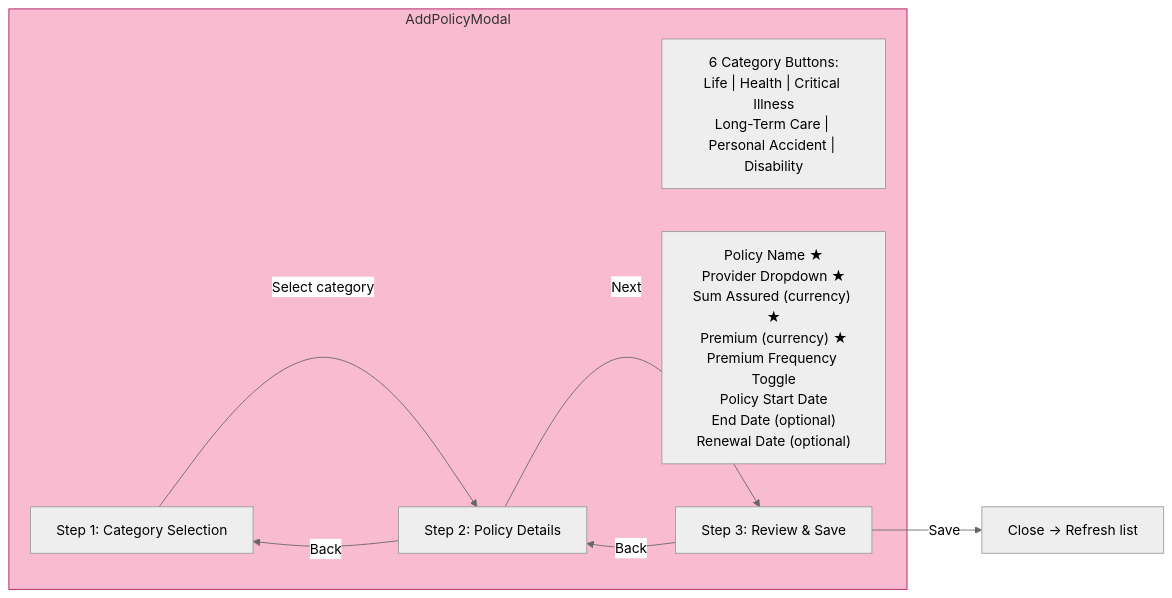
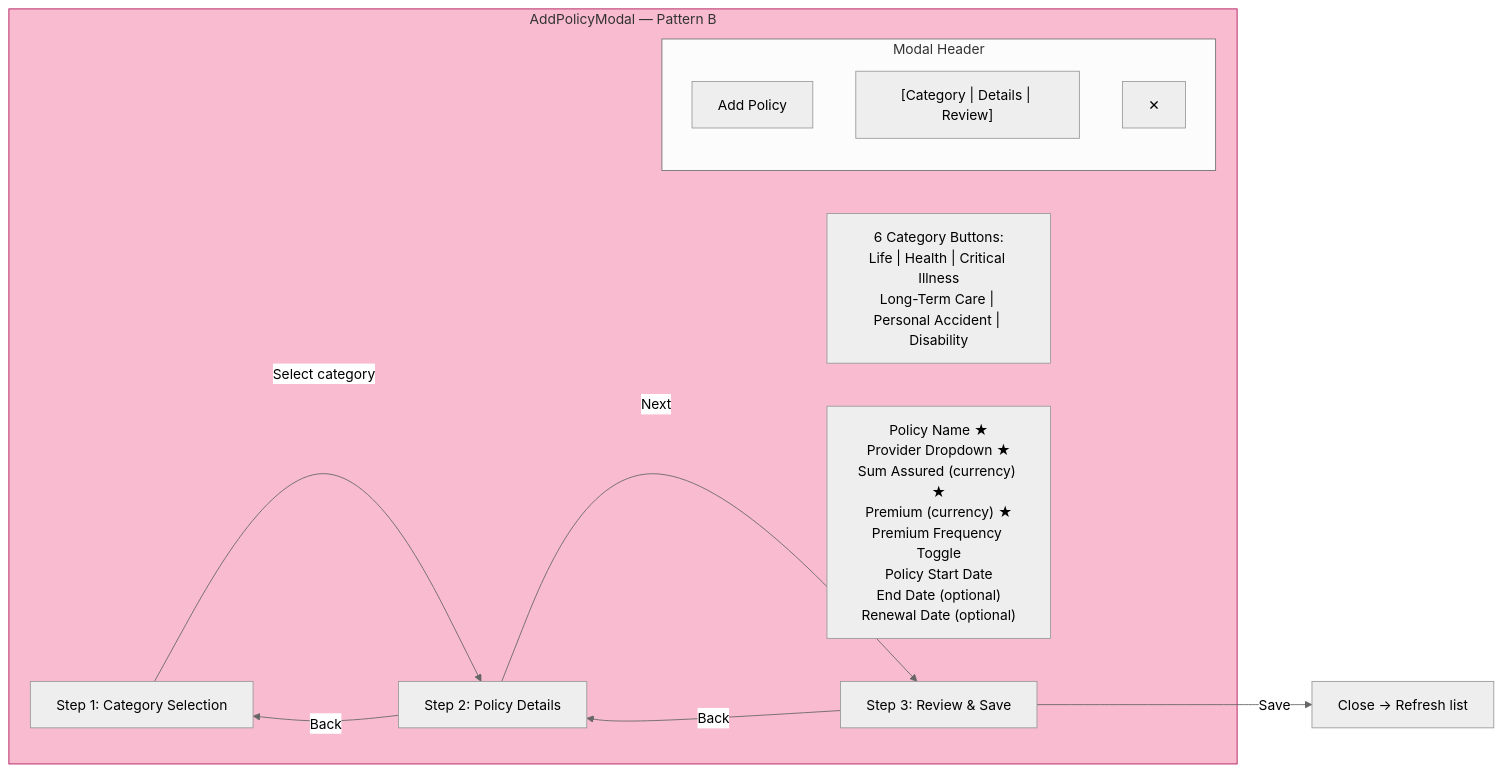
One commit to jcleow/wealthproject changed diagram 30 of 43 in spec/assetra-user-journey-interaction-map.md. Above: the diagram before and after it, drawn with Mermaid (neutral theme). The commit also changed other lines of this file and 2 other files, not shown here.

First line of the commit message:
fix: bump modal z-index to z-[200] and document standard nav patterns

````diff
--- a/spec/assetra-user-journey-interaction-map.md
+++ b/spec/assetra-user-journey-interaction-map.md
@@ -955,20 +1151,26 @@
 ```mermaid
 flowchart LR
-    subgraph ADD_POLICY["AddPolicyModal"]
+    subgraph ADD_POLICY["AddPolicyModal — Pattern B"]
+        subgraph HEADER["Modal Header"]
+            AP_TITLE["Add Policy"]
+            AP_STEPS["[Category | Details | Review]"]
+            AP_CLOSE["✕"]
+        end
+
         STEP1["Step 1: Category Selection"]
         STEP1_BTNS["6 Category Buttons:\nLife | Health | Critical Illness\nLong-Term Care | Personal Accident | Disability"]
 
         STEP2["Step 2: Policy Details"]
         STEP2_FIELDS["Policy Name ★\nProvider Dropdown ★\nSum Assured (currency) ★\nPremium (currency) ★\nPremium Frequency Toggle\nPolicy Start Date\nEnd Date (optional)\nRenewal Date (optional)"]
 
         STEP3["Step 3: Review & Save"]
     end
 
     STEP1 -->|"Select category"| STEP2
     STEP2 -->|"Next"| STEP3
     STEP3 -->|"Save"| CLOSE["Close → Refresh list"]
     STEP2 -->|"Back"| STEP1
     STEP3 -->|"Back"| STEP2
 
     style ADD_POLICY fill:#f8bbd0,stroke:#ad1457
 ```
````
